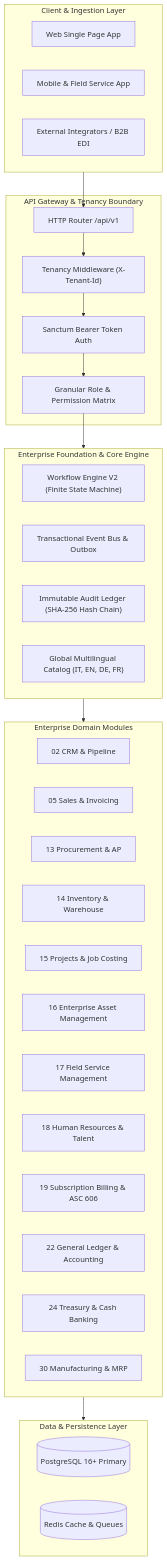
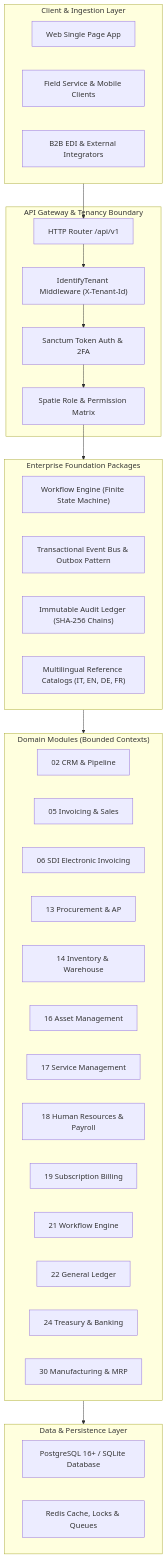
One commit to FatturaFacile/web-api changed the diagram in README.md. Above: the diagram before and after it, drawn with Mermaid. The commit also changed other lines of this file, not shown here.

````diff
--- a/README.md
+++ b/README.md
@@ -35,50 +35,51 @@
 ```mermaid
 graph TD
     subgraph ClientLayer ["Client & Ingestion Layer"]
         SPA["Web Single Page App"]
-        Mobile["Mobile & Field Service App"]
-        API["External Integrators / B2B EDI"]
+        Mobile["Field Service & Mobile Clients"]
+        Integrators["B2B EDI & External Integrators"]
     end
 
     subgraph ApiGateway ["API Gateway & Tenancy Boundary"]
         Router["HTTP Router /api/v1"]
-        TenancyMiddleware["Tenancy Middleware (X-Tenant-Id)"]
-        SanctumAuth["Sanctum Bearer Token Auth"]
-        RBAC["Granular Role & Permission Matrix"]
+        TenancyMiddleware["IdentifyTenant Middleware (X-Tenant-Id)"]
+        SanctumAuth["Sanctum Token Auth & 2FA"]
+        RBAC["Spatie Role & Permission Matrix"]
     end
 
-    subgraph CorePlatform ["Enterprise Foundation & Core Engine"]
-        Workflow["Workflow Engine V2 (Finite State Machine)"]
-        EventBus["Transactional Event Bus & Outbox"]
-        AuditLedger["Immutable Audit Ledger (SHA-256 Hash Chain)"]
-        RefData["Global Multilingual Catalog (IT, EN, DE, FR)"]
+    subgraph CorePlatform ["Enterprise Foundation Packages"]
+        Workflow["Workflow Engine (Finite State Machine)"]
+        EventBus["Transactional Event Bus & Outbox Pattern"]
+        AuditLedger["Immutable Audit Ledger (SHA-256 Chains)"]
+        RefData["Multilingual Reference Catalogs (IT, EN, DE, FR)"]
     end
 
-    subgraph BusinessDomains ["Enterprise Domain Modules"]
+    subgraph BusinessDomains ["Domain Modules (Bounded Contexts)"]
         M02["02 CRM & Pipeline"]
-        M05["05 Sales & Invoicing"]
+        M05["05 Invoicing & Sales"]
+        M06["06 SDI Electronic Invoicing"]
         M13["13 Procurement & AP"]
         M14["14 Inventory & Warehouse"]
-        M15["15 Projects & Job Costing"]
-        M16["16 Enterprise Asset Management"]
-        M17["17 Field Service Management"]
-        M18["18 Human Resources & Talent"]
-        M19["19 Subscription Billing & ASC 606"]
-        M22["22 General Ledger & Accounting"]
-        M24["24 Treasury & Cash Banking"]
+        M16["16 Asset Management"]
+        M17["17 Service Management"]
+        M18["18 Human Resources & Payroll"]
+        M19["19 Subscription Billing"]
+        M21["21 Workflow Engine"]
+        M22["22 General Ledger"]
+        M24["24 Treasury & Banking"]
         M30["30 Manufacturing & MRP"]
     end
 
     subgraph DataLayer ["Data & Persistence Layer"]
-        PG[(PostgreSQL 16+ Primary)]
-        Cache[(Redis Cache & Queues)]
+        PG["PostgreSQL 16+ / SQLite Database"]
+        CacheQueue["Redis Cache, Locks & Queues"]
     end
 
     ClientLayer --> Router
     Router --> TenancyMiddleware
     TenancyMiddleware --> SanctumAuth
     SanctumAuth --> RBAC
     RBAC --> CorePlatform
     CorePlatform --> BusinessDomains
     BusinessDomains --> DataLayer
 ```
````
